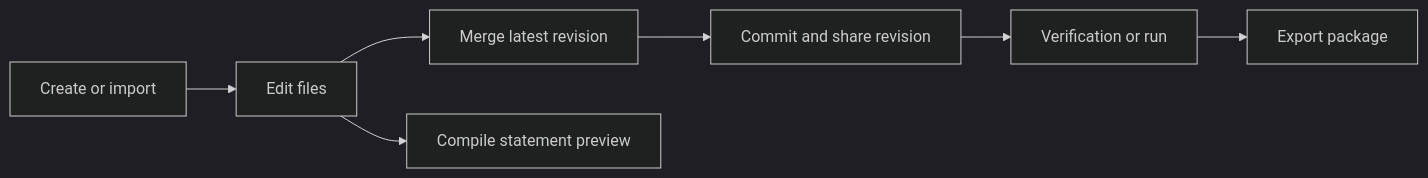
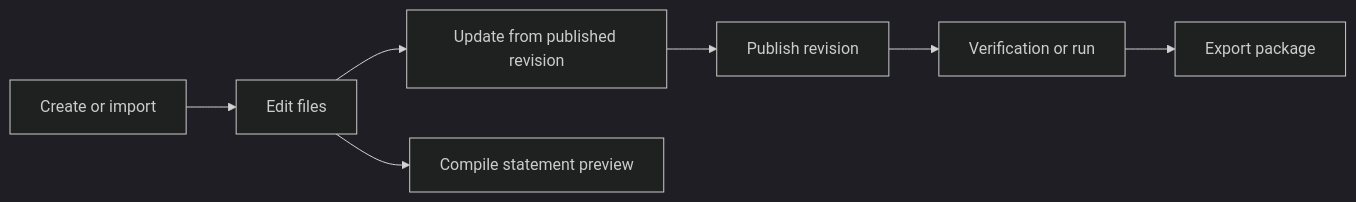
One commit to fstqwq/Polygon-Replica changed the first of 2 diagrams in docs/problem-workflow.md. Above: the diagram before and after it, drawn with Mermaid (dark theme). The commit also changed other lines of this file and 24 other files, not shown here.

First line of the commit message:
Clarify workspace and published revision terminology

````diff
--- a/docs/problem-workflow.md
+++ b/docs/problem-workflow.md
@@ -5,9 +5,9 @@
 ```mermaid
 graph LR
     Create[Create or import] --> Edit[Edit files]
-    Edit --> Merge[Merge latest revision]
-    Merge --> Commit[Commit and share revision]
+    Edit --> Merge[Update from published revision]
+    Merge --> Commit[Publish revision]
     Commit --> Verify[Verification or run]
     Verify --> Export[Export package]
     Edit --> Preview[Compile statement preview]
 ```
````
